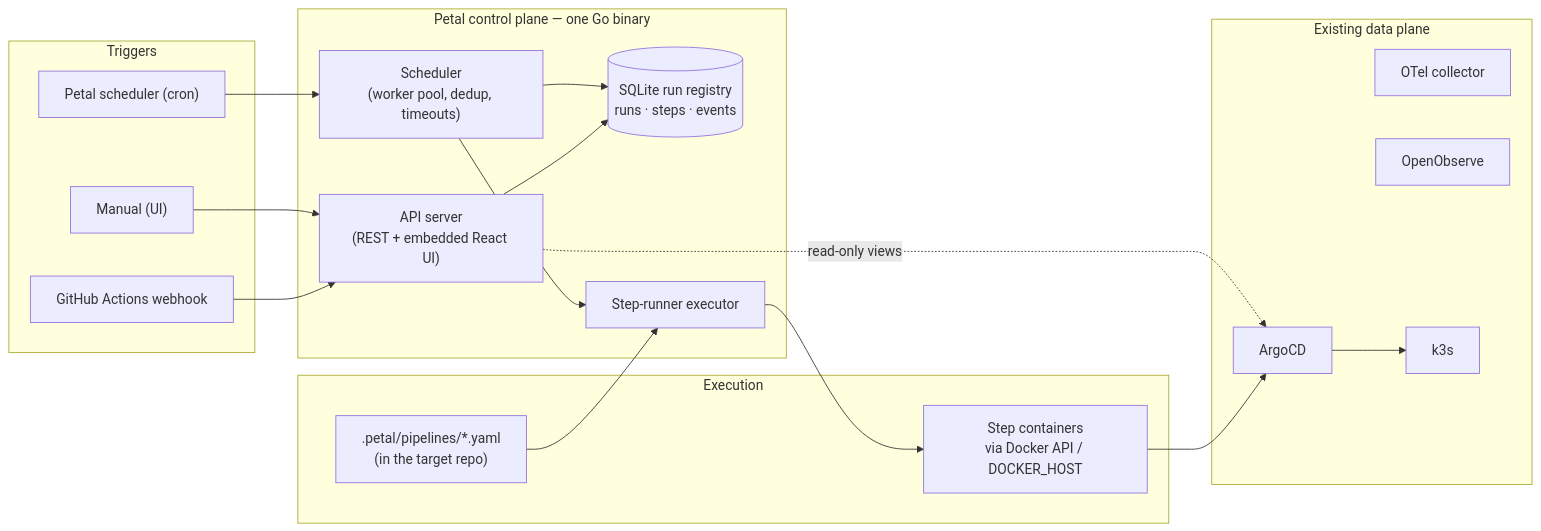
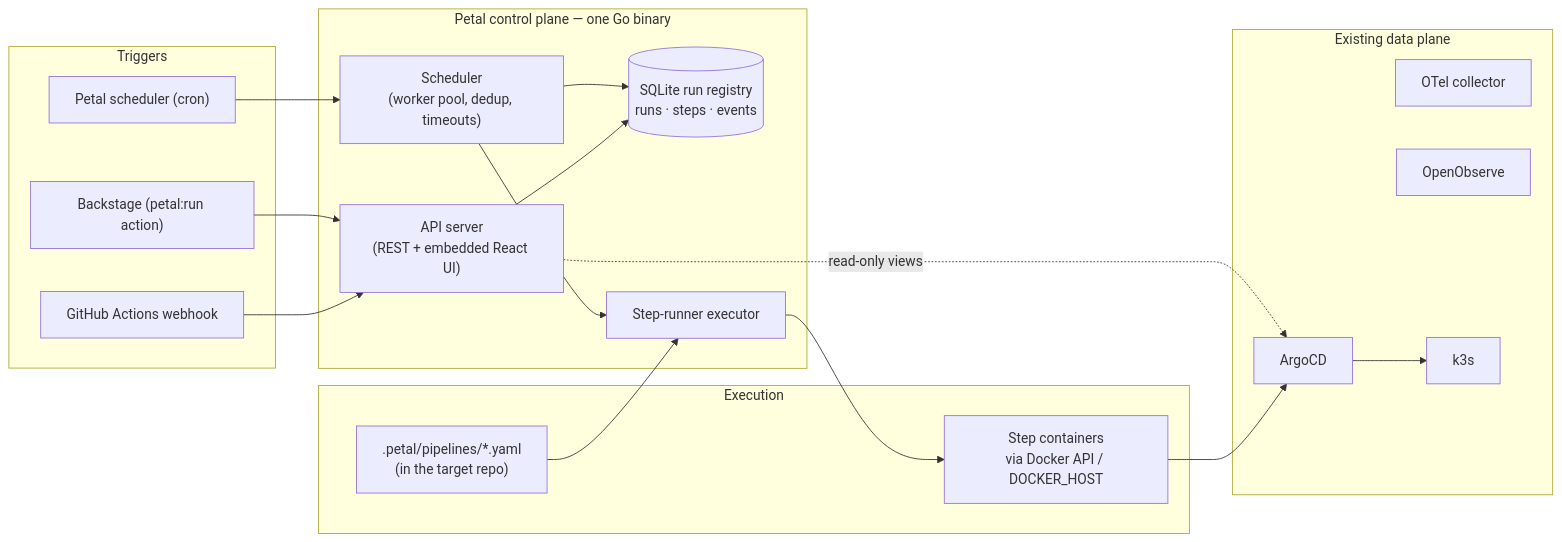
One commit to Blacklotus89898/Petal changed the diagram in README.md. Above: the diagram before and after it, drawn with Mermaid. The commit also changed other lines of this file and 12 other files, not shown here.

First line of the commit message:
feat(api): orchestrator contract — bearer-token writes, trigger provenance, run filters

````diff
--- a/README.md
+++ b/README.md
@@ -15,38 +18,38 @@
 ```mermaid
 flowchart LR
   subgraph Triggers["Triggers"]
     GHA["GitHub Actions webhook"]
     CRON["Petal scheduler (cron)"]
-    UI["Manual (UI)"]
+    BS["Backstage (petal:run action)"]
   end
 
   subgraph Petal["Petal control plane — one Go binary"]
     API["API server<br/>(REST + embedded React UI)"]
     SCHED["Scheduler<br/>(worker pool, dedup, timeouts)"]
     REG[("SQLite run registry<br/>runs · steps · events")]
     EXEC["Step-runner executor"]
   end
 
   subgraph Execution["Execution"]
     SPEC[".petal/pipelines/*.yaml<br/>(in the target repo)"]
     DC["Step containers<br/>via Docker API / DOCKER_HOST"]
   end
 
   subgraph DataPlane["Existing data plane"]
     OTEL["OTel collector"]
     OO["OpenObserve"]
     ARGO["ArgoCD"]
     K3S["k3s"]
   end
 
   GHA --> API
   CRON --> SCHED
-  UI --> API
+  BS --> API
   API --> REG
   SCHED --> REG
   SCHED --> EXEC
   SPEC --> EXEC
   EXEC --> DC
   DC --> ARGO --> K3S
   API -. "read-only views" .-> ARGO
 ```
````
